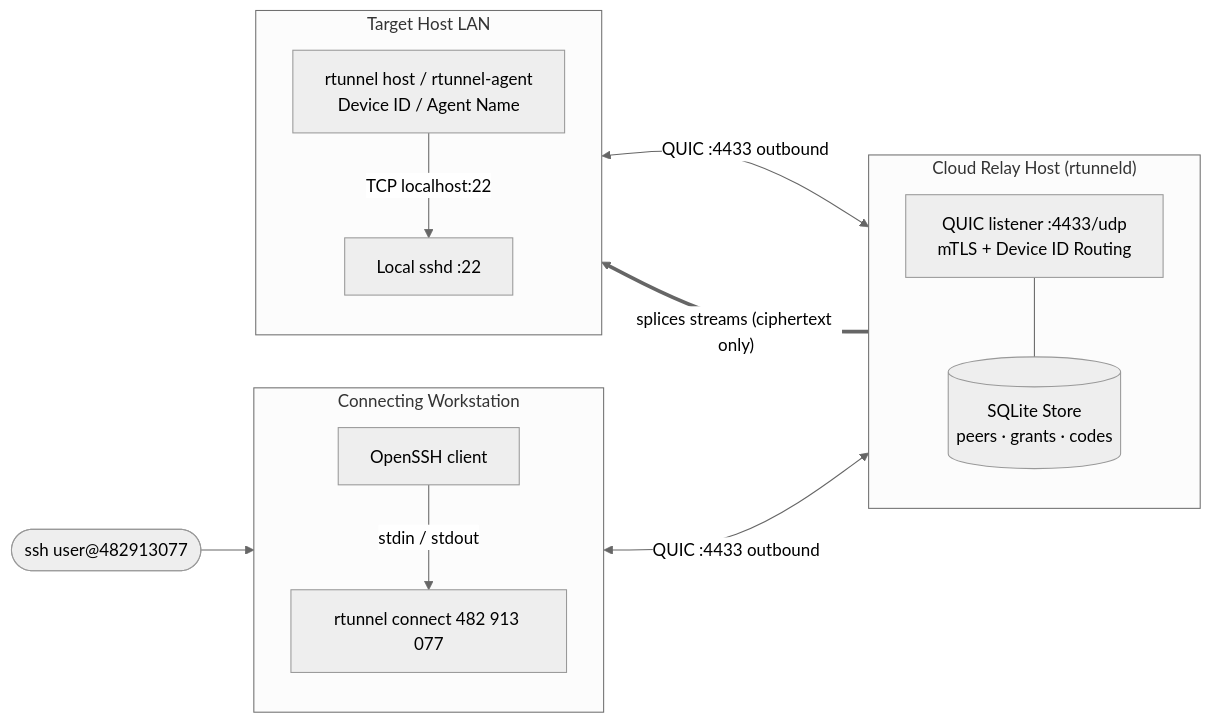
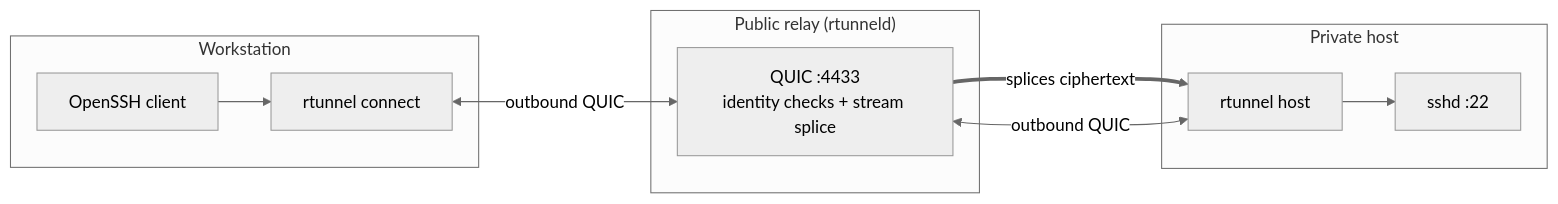
One commit to abiiranathan/rtunneld changed the diagram in README.md. Above: the diagram before and after it, drawn with Mermaid (neutral theme). The commit also changed other lines of this file and 4 other files, not shown here.

````diff
--- a/README.md
+++ b/README.md
@@ -19,28 +15,22 @@
 ```mermaid
 flowchart LR
-    subgraph Client["Connecting Workstation"]
-        direction TB
+    subgraph Workstation
         SSH["OpenSSH client"]
-        RC["rtunnel connect 482 913 077"]
-        SSH -->|"stdin / stdout"| RC
+        RC["rtunnel connect"]
+        SSH --> RC
     end
 
-    subgraph RelayHost["Cloud Relay Host (rtunneld)"]
-        direction TB
-        Relay["QUIC listener :4433/udp<br/>mTLS + Device ID Routing"]
-        DB[("SQLite Store<br/>peers · grants · codes")]
-        Relay --- DB
+    subgraph Relay["Public relay (rtunneld)"]
+        R["QUIC :4433<br/>identity checks + stream splice"]
     end
 
-    subgraph PrivateLAN["Target Host LAN"]
-        direction TB
-        Host["rtunnel host / rtunnel-agent<br/>Device ID / Agent Name"]
-        Target["Local sshd :22"]
-        Host -->|"TCP localhost:22"| Target
+    subgraph Host["Private host"]
+        H["rtunnel host"]
+        S["sshd :22"]
+        H --> S
     end
 
-    User(["ssh user@482913077"]) --> SSH
-    RC <-->|"QUIC :4433 outbound"| Relay
-    Host <-->|"QUIC :4433 outbound"| Relay
-    Relay ==>|"splices streams (ciphertext only)"| Host
+    RC <-->|"outbound QUIC"| R
+    H <-->|"outbound QUIC"| R
+    R ==>|"splices ciphertext"| H
 ```
````
